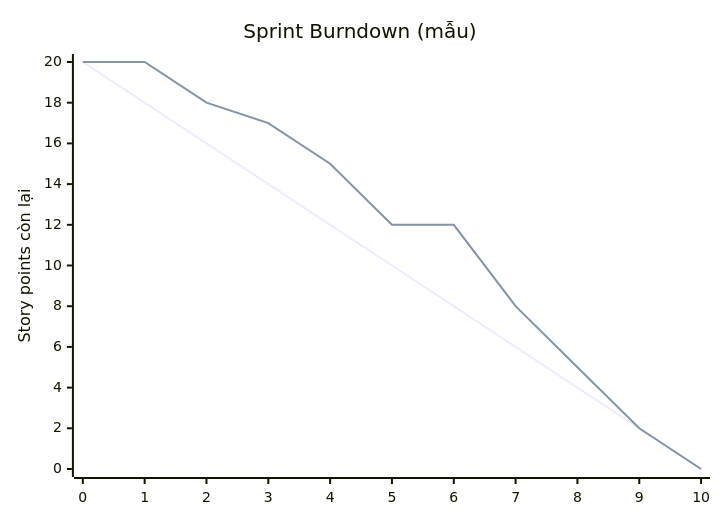
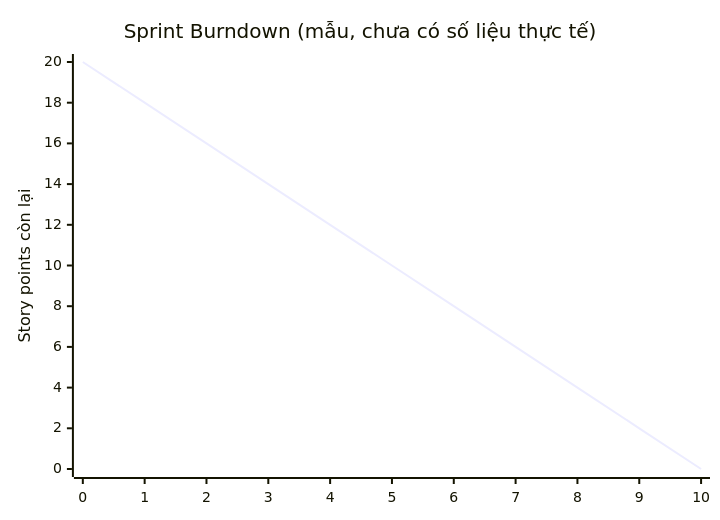
The second of 2 diagrams in docs/burndown.md (khoadangtran141006-svg/SoftwareEngineering_Personal), drawn with Mermaid before and after one commit. The commit also changed other lines of this file, not shown here.

Commit message:
docs(t10): bỏ số burndown mẫu, ghi rõ nguồn số liệu từ Git

````diff
--- a/docs/burndown.md
+++ b/docs/burndown.md
@@ -49,8 +47,7 @@
 ```mermaid
 xychart-beta
-    title "Sprint Burndown (mẫu)"
+    title "Sprint Burndown (mẫu, chưa có số liệu thực tế)"
     x-axis [0, 1, 2, 3, 4, 5, 6, 7, 8, 9, 10]
     y-axis "Story points còn lại" 0 --> 20
     line [20, 18, 16, 14, 12, 10, 8, 6, 4, 2, 0]
-    line [20, 20, 18, 17, 15, 12, 12, 8, 5, 2, 0]
 ```
````
